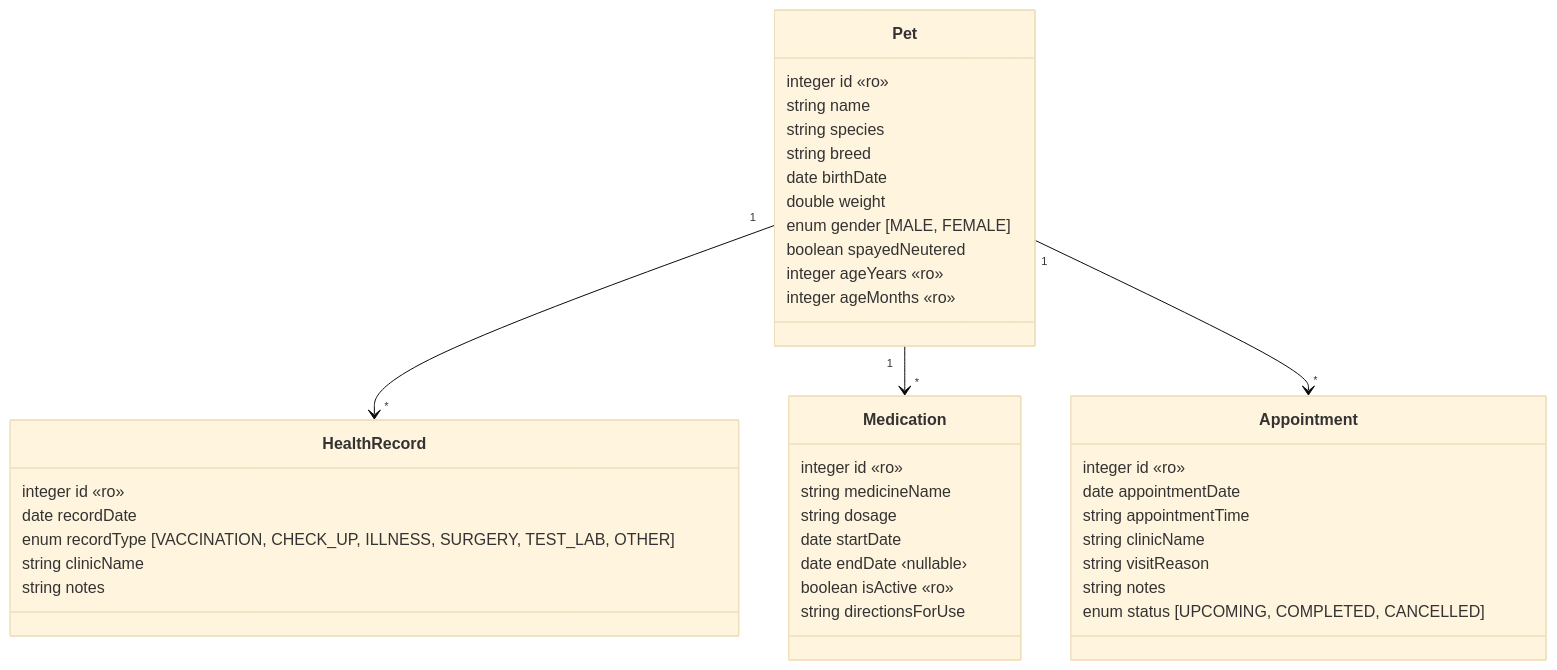
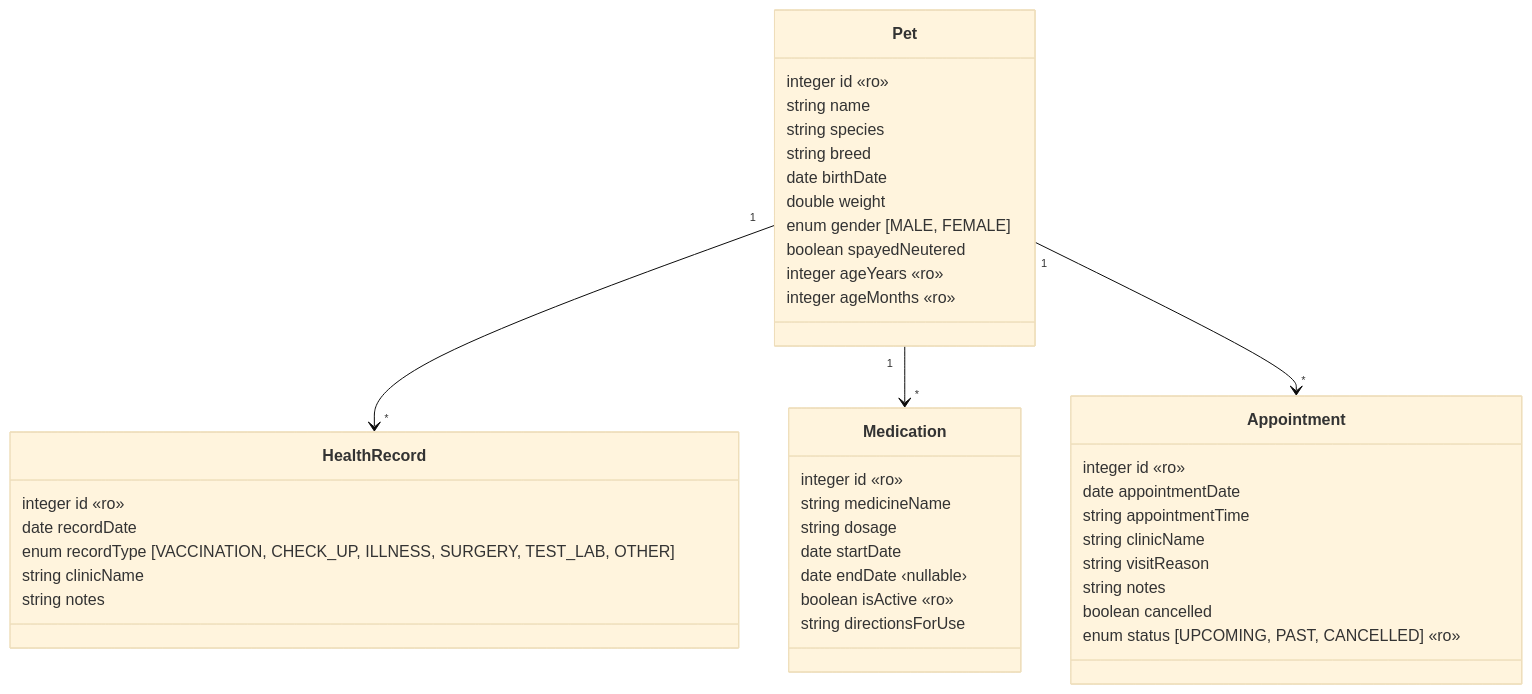
One commit to tobykpcheng/pet-health-tracker changed the third of 3 diagrams in designs/api-design/pet-health-api-overview.md. Above: the diagram before and after it, drawn with Mermaid (base theme). The commit also changed 12 other files, not shown here.

First line of the commit message:
Replace appointment status with a cancelled flag

````diff
--- a/designs/api-design/pet-health-api-overview.md
+++ b/designs/api-design/pet-health-api-overview.md
@@ -85,43 +85,44 @@
 ```mermaid
 classDiagram
     class Pet {
         integer id «ro»
         string name
         string species
         string breed
         date birthDate
         double weight
         enum gender [MALE, FEMALE]
         boolean spayedNeutered
         integer ageYears «ro»
         integer ageMonths «ro»
     }
     class HealthRecord {
         integer id «ro»
         date recordDate
         enum recordType [VACCINATION, CHECK_UP, ILLNESS, SURGERY, TEST_LAB, OTHER]
         string clinicName
         string notes
     }
     class Medication {
         integer id «ro»
         string medicineName
         string dosage
         date startDate
         date endDate ‹nullable›
         boolean isActive «ro»
         string directionsForUse
     }
     class Appointment {
         integer id «ro»
         date appointmentDate
         string appointmentTime
         string clinicName
         string visitReason
         string notes
-        enum status [UPCOMING, COMPLETED, CANCELLED]
+        boolean cancelled
+        enum status [UPCOMING, PAST, CANCELLED] «ro»
     }
     Pet "1" --> "*" HealthRecord
     Pet "1" --> "*" Medication
     Pet "1" --> "*" Appointment
 ```
````
